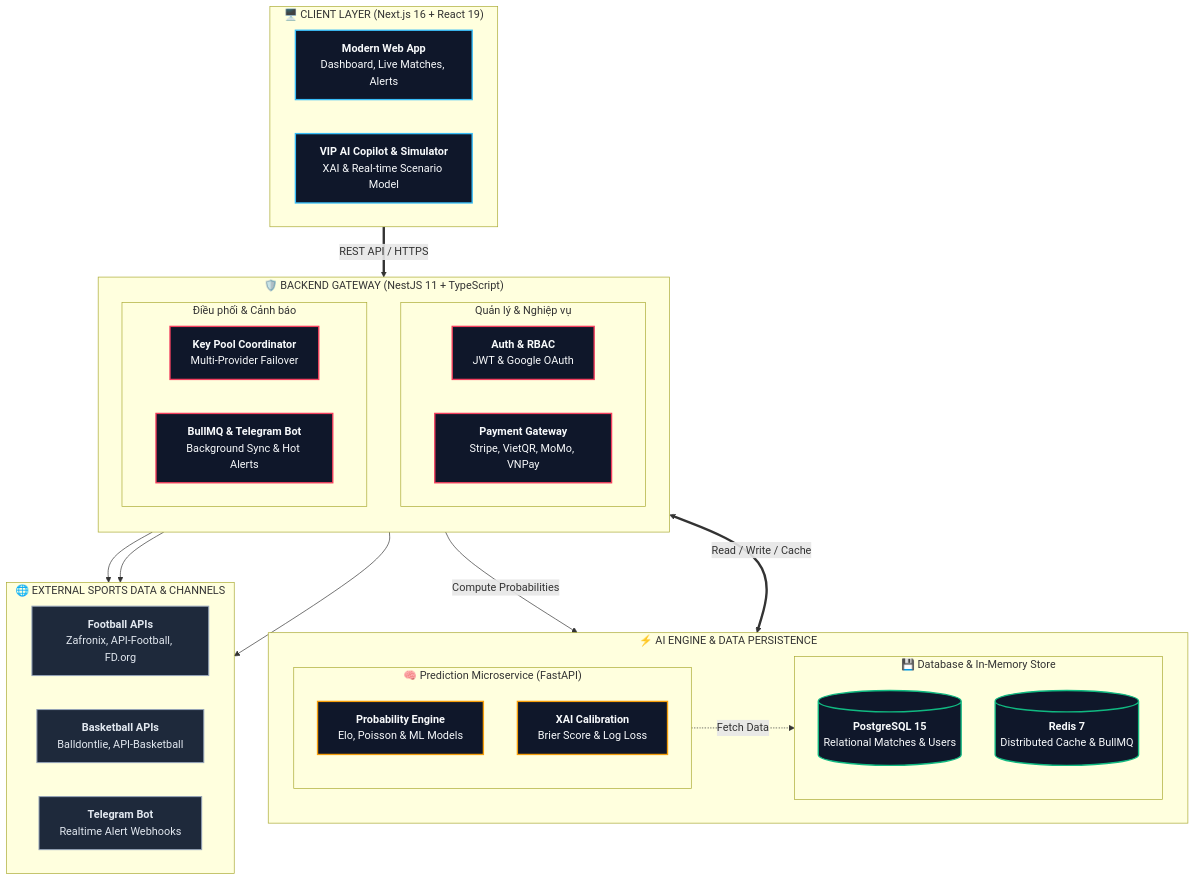
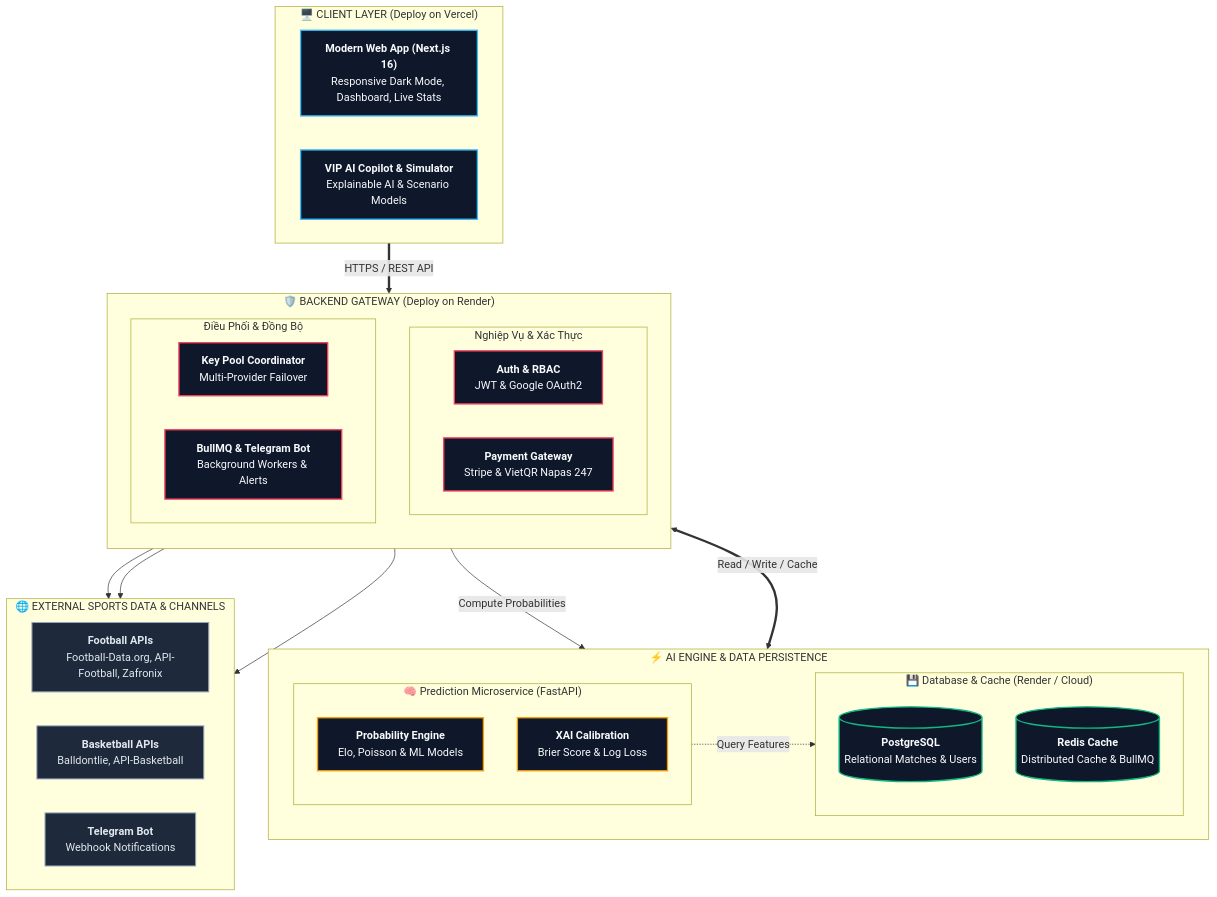
The diagram in README.md (keyaru1910/Iknowball), drawn with Mermaid before and after one commit. The commit also changed other lines of this file, not shown here.

````diff
--- a/README.md
+++ b/README.md
@@ -70,59 +78,59 @@
 ```mermaid
 flowchart TB
     %% Styling Classes
     classDef client fill:#0f172a,stroke:#38bdf8,stroke-width:2px,color:#f8fafc;
     classDef gateway fill:#0f172a,stroke:#f43f5e,stroke-width:2px,color:#f8fafc;
     classDef ai fill:#0f172a,stroke:#f59e0b,stroke-width:2px,color:#f8fafc;
     classDef db fill:#0f172a,stroke:#10b981,stroke-width:2px,color:#f8fafc;
     classDef ext fill:#1e293b,stroke:#94a3b8,stroke-width:1.5px,color:#e2e8f0;
 
-    subgraph Client ["🖥️ CLIENT LAYER (Next.js 16 + React 19)"]
+    subgraph Client ["🖥️ CLIENT LAYER (Deploy on Vercel)"]
         direction LR
-        UI["<b>Modern Web App</b><br/>Dashboard, Live Matches, Alerts"]:::client
-        Simulator["<b>VIP AI Copilot & Simulator</b><br/>XAI & Real-time Scenario Model"]:::client
+        UI["<b>Modern Web App (Next.js 16)</b><br/>Responsive Dark Mode, Dashboard, Live Stats"]:::client
+        Simulator["<b>VIP AI Copilot & Simulator</b><br/>Explainable AI & Scenario Models"]:::client
     end
 
-    subgraph Gateway ["🛡️ BACKEND GATEWAY (NestJS 11 + TypeScript)"]
+    subgraph Gateway ["🛡️ BACKEND GATEWAY (Deploy on Render)"]
         direction TB
-        subgraph G_Top ["Quản lý & Nghiệp vụ"]
+        subgraph G_Top ["Nghiệp Vụ & Xác Thực"]
             direction LR
-            Auth["<b>Auth & RBAC</b><br/>JWT & Google OAuth"]:::gateway
-            Pay["<b>Payment Gateway</b><br/>Stripe, VietQR, MoMo, VNPay"]:::gateway
+            Auth["<b>Auth & RBAC</b><br/>JWT & Google OAuth2"]:::gateway
+            Pay["<b>Payment Gateway</b><br/>Stripe & VietQR Napas 247"]:::gateway
         end
-        subgraph G_Bottom ["Điều phối & Cảnh báo"]
+        subgraph G_Bottom ["Điều Phối & Đồng Bộ"]
             direction LR
             Coord["<b>Key Pool Coordinator</b><br/>Multi-Provider Failover"]:::gateway
-            Queue["<b>BullMQ & Telegram Bot</b><br/>Background Sync & Hot Alerts"]:::gateway
+            Queue["<b>BullMQ & Telegram Bot</b><br/>Background Workers & Alerts"]:::gateway
         end
     end
 
     subgraph ProcessingStorage ["⚡ AI ENGINE & DATA PERSISTENCE"]
         direction LR
         subgraph AI ["🧠 Prediction Microservice (FastAPI)"]
             direction TB
             ML["<b>Probability Engine</b><br/>Elo, Poisson & ML Models"]:::ai
             XAI["<b>XAI Calibration</b><br/>Brier Score & Log Loss"]:::ai
         end
-        subgraph DB ["💾 Database & In-Memory Store"]
+        subgraph DB ["💾 Database & Cache (Render / Cloud)"]
             direction TB
-            Postgres[("<b>PostgreSQL 15</b><br/>Relational Matches & Users")]:::db
-            Redis[("<b>Redis 7</b><br/>Distributed Cache & BullMQ")]:::db
+            Postgres[("<b>PostgreSQL</b><br/>Relational Matches & Users")]:::db
+            Redis[("<b>Redis Cache</b><br/>Distributed Cache & BullMQ")]:::db
         end
     end
 
     subgraph External ["🌐 EXTERNAL SPORTS DATA & CHANNELS"]
         direction LR
-        Football["<b>Football APIs</b><br/>Zafronix, API-Football, FD.org"]:::ext
+        Football["<b>Football APIs</b><br/>Football-Data.org, API-Football, Zafronix"]:::ext
         Basketball["<b>Basketball APIs</b><br/>Balldontlie, API-Basketball"]:::ext
-        Telegram["<b>Telegram Bot</b><br/>Realtime Alert Webhooks"]:::ext
+        Telegram["<b>Telegram Bot</b><br/>Webhook Notifications"]:::ext
     end
 
-    %% Flow Connections
-    Client ==>|REST API / HTTPS| Gateway
+    %% Connections
+    Client ==>|HTTPS / REST API| Gateway
     Gateway -->|Compute Probabilities| AI
     Gateway <==>|Read / Write / Cache| DB
     Coord --> Football
     Coord --> Basketball
     Queue --> Telegram
-    AI -.->|Fetch Data| Postgres
+    AI -.->|Query Features| Postgres
 ```
````
